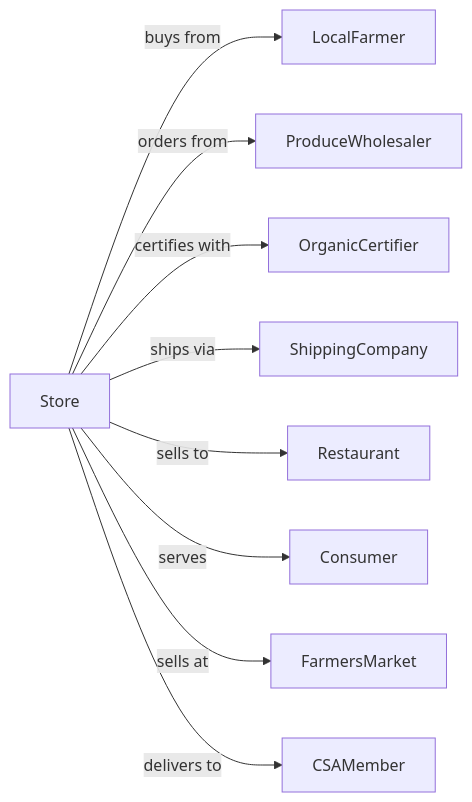
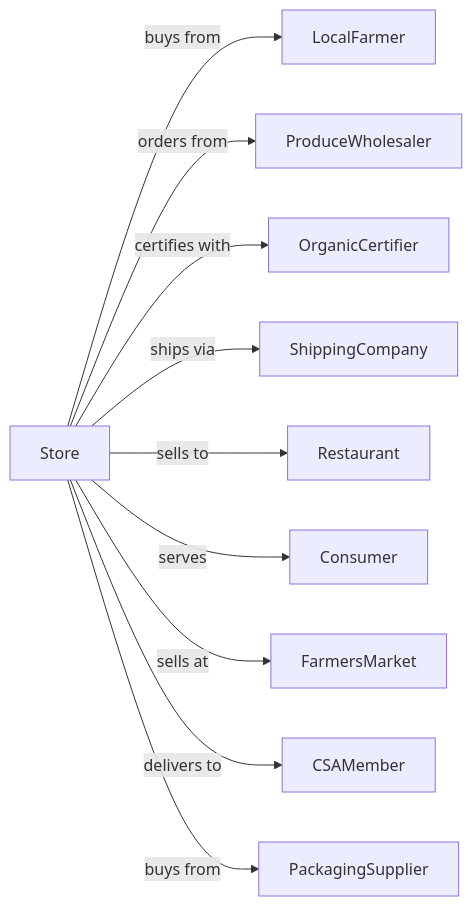
The second of 2 diagrams in RetailTrade/FoodAndBeverageRetailers/SpecialtyFoodRetailers/FruitAndVegetableRetailers.mdx (dot-org-ai/industries.org.ai), drawn with Mermaid before and after one commit. The commit also changed 588 other files, not shown here.

````diff
--- a/RetailTrade/FoodAndBeverageRetailers/SpecialtyFoodRetailers/FruitAndVegetableRetailers.mdx
+++ b/RetailTrade/FoodAndBeverageRetailers/SpecialtyFoodRetailers/FruitAndVegetableRetailers.mdx
@@ -131,13 +131,14 @@
 ```mermaid
 graph LR
     S[Store]
 
     S -->|buys from| LocalFarmer
     S -->|orders from| ProduceWholesaler
     S -->|certifies with| OrganicCertifier
     S -->|ships via| ShippingCompany
     S -->|sells to| Restaurant
     S -->|serves| Consumer
     S -->|sells at| FarmersMarket
     S -->|delivers to| CSAMember
+    S -->|buys from| PackagingSupplier
 ```
````
